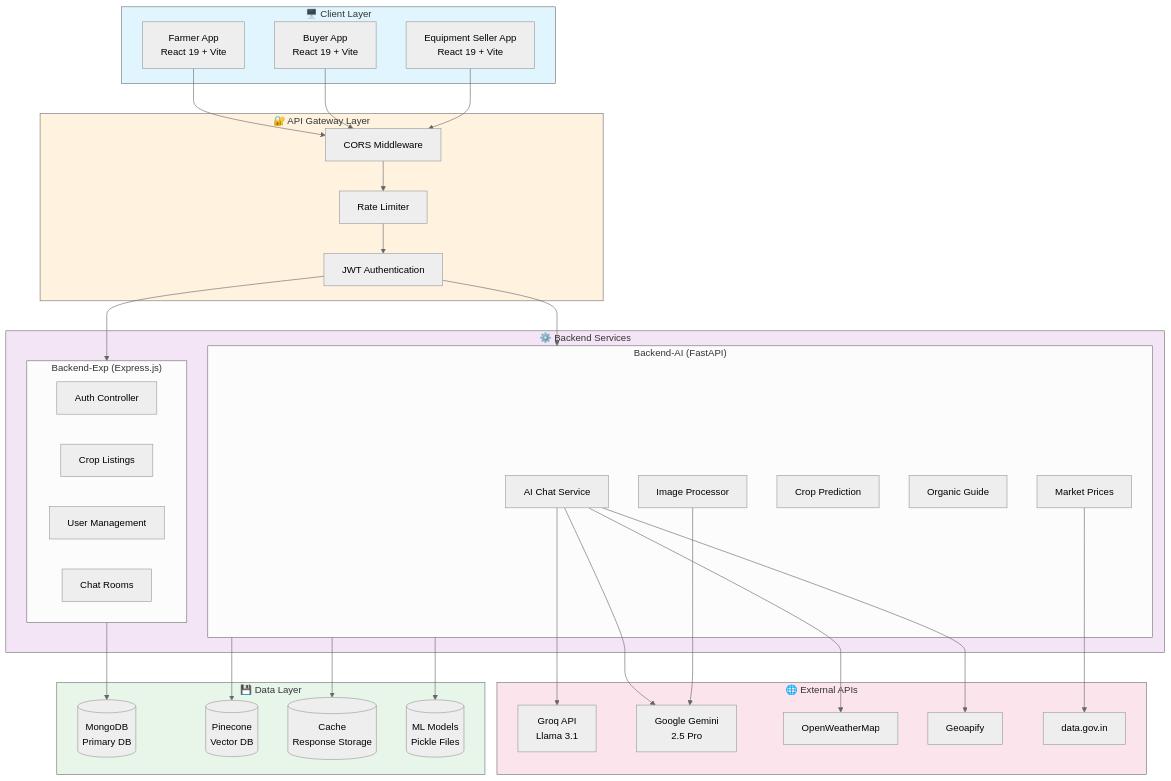
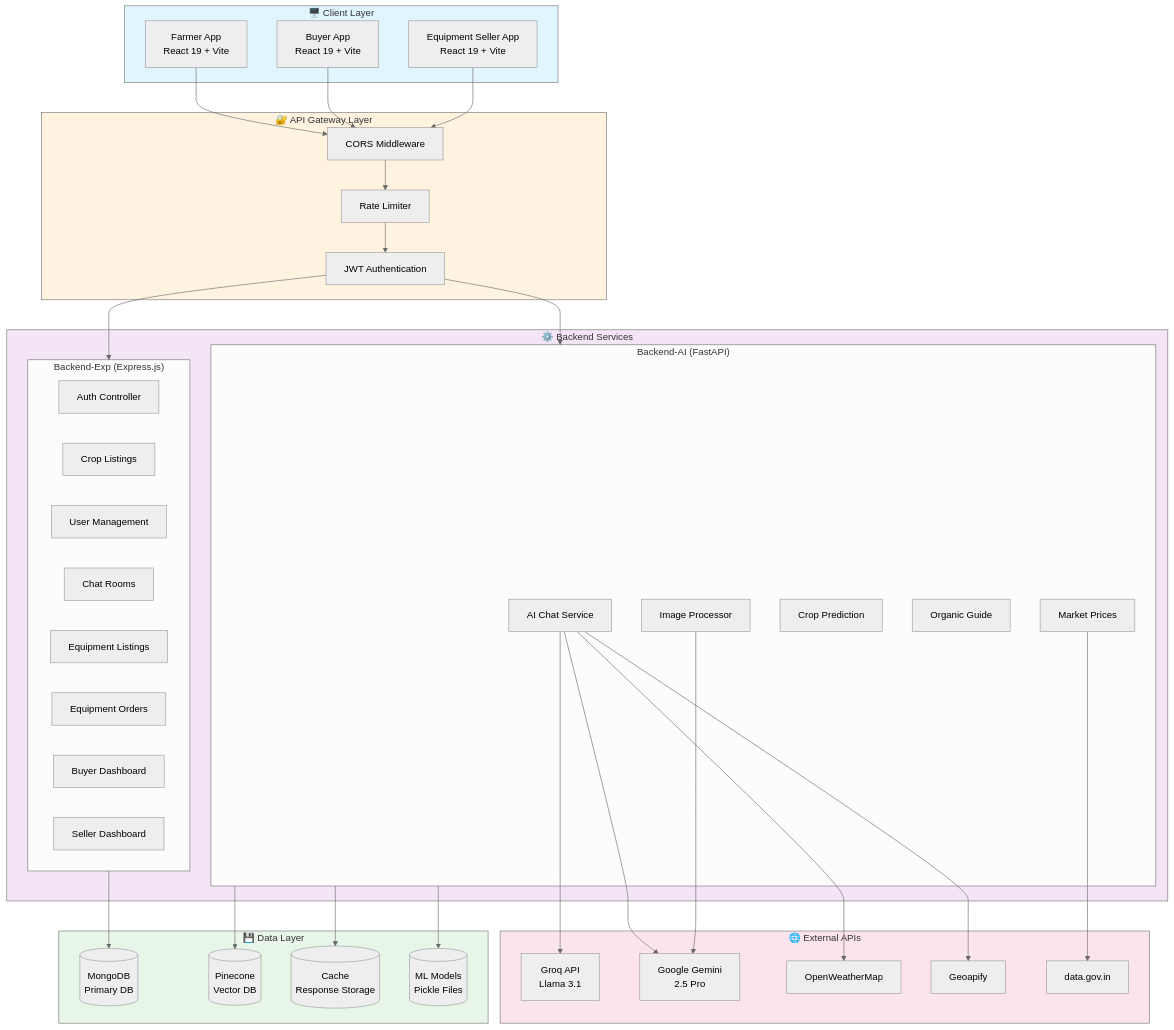
The first of 3 diagrams in README.md (anant5441/AgroGyaan), drawn with Mermaid (neutral theme) before and after one commit. The commit also changed other lines of this file, not shown here.

````diff
--- a/README.md
+++ b/README.md
@@ -249,74 +257,78 @@
 ```mermaid
 graph TB
     subgraph ClientLayer["🖥️ Client Layer"]
         FA[Farmer App<br/>React 19 + Vite]
         BA[Buyer App<br/>React 19 + Vite]
         EA[Equipment Seller App<br/>React 19 + Vite]
     end
 
     subgraph APIGateway["🔐 API Gateway Layer"]
         CORS[CORS Middleware]
         RL[Rate Limiter]
         AUTH[JWT Authentication]
     end
 
     subgraph BackendServices["⚙️ Backend Services"]
         subgraph ExpressBackend["Backend-Exp (Express.js)"]
             AUTHC[Auth Controller]
             CROPC[Crop Listings]
             USERC[User Management]
             CHATC[Chat Rooms]
+            EQUIP[Equipment Listings]
+            EQORD[Equipment Orders]
+            DASH[Buyer Dashboard]
+            SDASH[Seller Dashboard]
         end
         
         subgraph AIBackend["Backend-AI (FastAPI)"]
             CHAT[AI Chat Service]
             IMG[Image Processor]
             CROP[Crop Prediction]
             GUIDE[Organic Guide]
             MARKET[Market Prices]
         end
     end
 
     subgraph DataLayer["💾 Data Layer"]
         MONGO[(MongoDB<br/>Primary DB)]
         PINE[(Pinecone<br/>Vector DB)]
         CACHE[(Cache<br/>Response Storage)]
         ML[(ML Models<br/>Pickle Files)]
     end
 
     subgraph ExternalAPIs["🌐 External APIs"]
         GROQ[Groq API<br/>Llama 3.1]
         GEMINI[Google Gemini<br/>2.5 Pro]
         WEATHER[OpenWeatherMap]
         GEO[Geoapify]
         GOV[data.gov.in]
     end
 
     FA --> CORS
     BA --> CORS
     EA --> CORS
     
     CORS --> RL
     RL --> AUTH
     
     AUTH --> ExpressBackend
     AUTH --> AIBackend
     
     ExpressBackend --> MONGO
     AIBackend --> PINE
     AIBackend --> CACHE
     AIBackend --> ML
     
     CHAT --> GROQ
     CHAT --> GEMINI
     CHAT --> WEATHER
     CHAT --> GEO
     IMG --> GEMINI
     MARKET --> GOV
 
     style ClientLayer fill:#e1f5fe
     style APIGateway fill:#fff3e0
     style BackendServices fill:#f3e5f5
     style DataLayer fill:#e8f5e9
     style ExternalAPIs fill:#fce4ec
 ```
````
